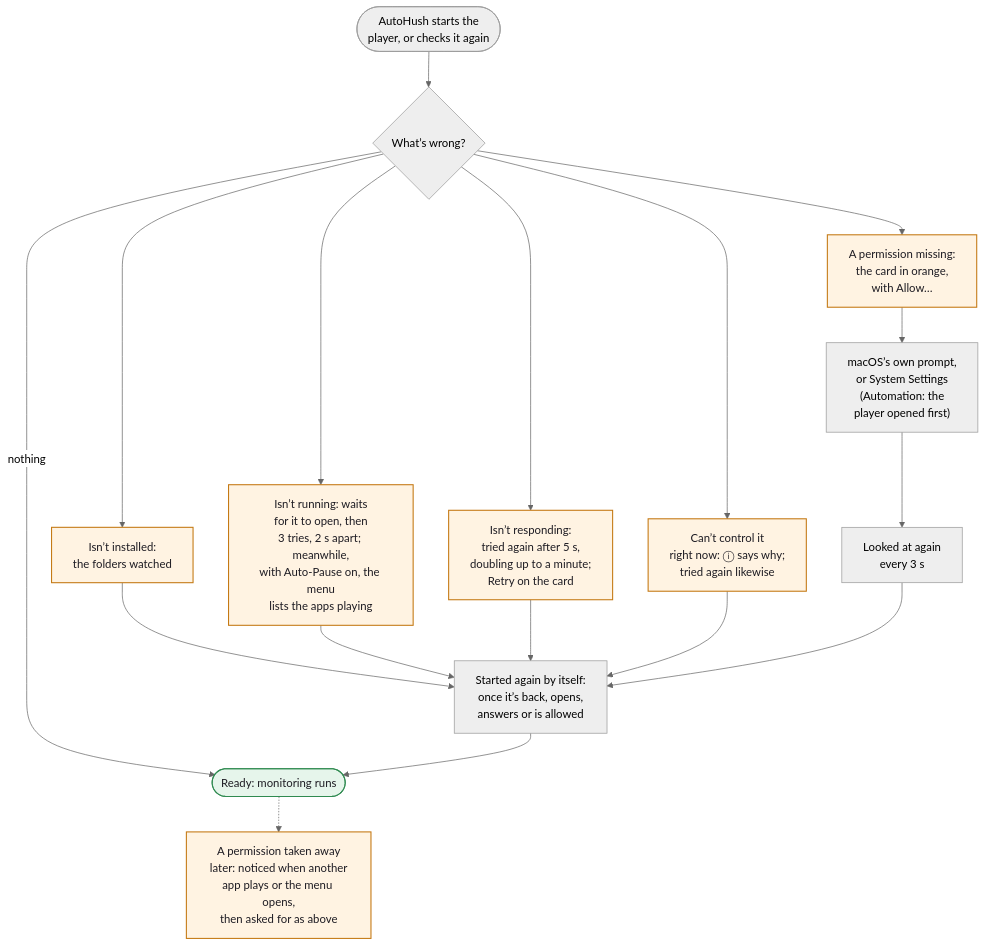
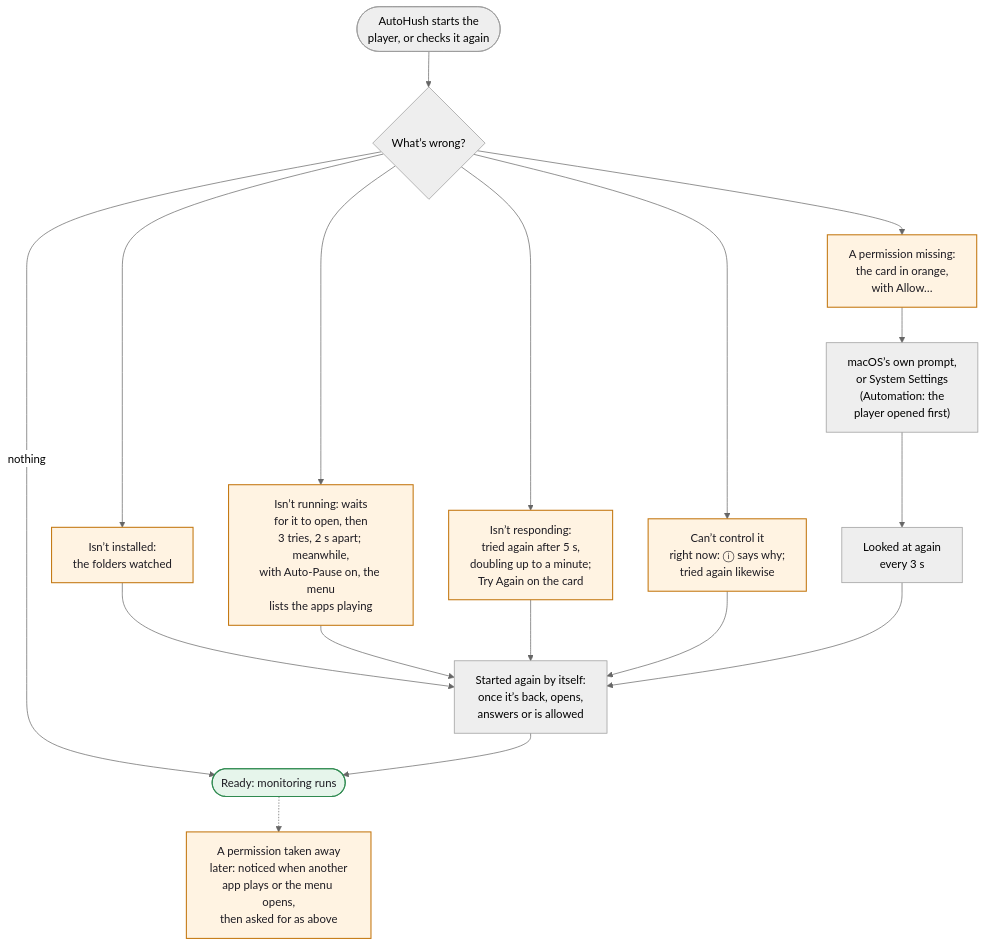
Diagram 13 of 14 in WORKFLOWS.md (hfustercabre/AutoHush), drawn with Mermaid (neutral theme) before and after one commit. The commit also changed other lines of this file and 70 other files, not shown here.

````diff
--- a/WORKFLOWS.md
+++ b/WORKFLOWS.md
@@ -665,30 +665,30 @@
 ```mermaid
 flowchart TD
   S(["AutoHush starts the<br/>player, or checks it again"])
   W{"What’s wrong?"}
   INS["Isn’t installed:<br/>the folders watched"]
   RUN["Isn’t running: waits<br/>for it to open, then<br/>3 tries, 2 s apart; meanwhile,<br/>with Auto-Pause on, the menu<br/>lists the apps playing"]
-  RESP["Isn’t responding:<br/>tried again after 5 s,<br/>doubling up to a minute;<br/>Retry on the card"]
+  RESP["Isn’t responding:<br/>tried again after 5 s,<br/>doubling up to a minute;<br/>Try Again on the card"]
   CTRL["Can’t control it<br/>right now: ⓘ says why;<br/>tried again likewise"]
   PERM["A permission missing:<br/>the card in orange,<br/>with Allow…"]
   MACOS["macOS’s own prompt,<br/>or System Settings<br/>(Automation: the<br/>player opened first)"]
   TRY["Looked at again<br/>every 3 s"]
   AGAIN["Started again by itself:<br/>once it’s back, opens,<br/>answers or is allowed"]
   READY(["Ready: monitoring runs"])
   LOST["A permission taken away<br/>later: noticed when another<br/>app plays or the menu opens,<br/>then asked for as above"]
 
   S --> W
   W -->|"nothing"| READY
   W --> INS --> AGAIN
   W --> RUN --> AGAIN
   W --> RESP --> AGAIN
   W --> CTRL --> AGAIN
   W --> PERM --> MACOS --> TRY --> AGAIN
   AGAIN --> READY
   READY -.-> LOST
 
   class INS,RUN,RESP,CTRL,PERM,LOST warn
   class READY done
   classDef warn fill:#fff3e2,stroke:#c47812,stroke-width:1.5px,color:#1d1b22
   classDef done fill:#e6f5eb,stroke:#2f8a50,stroke-width:1.5px,color:#1d1b22
 ```
````
